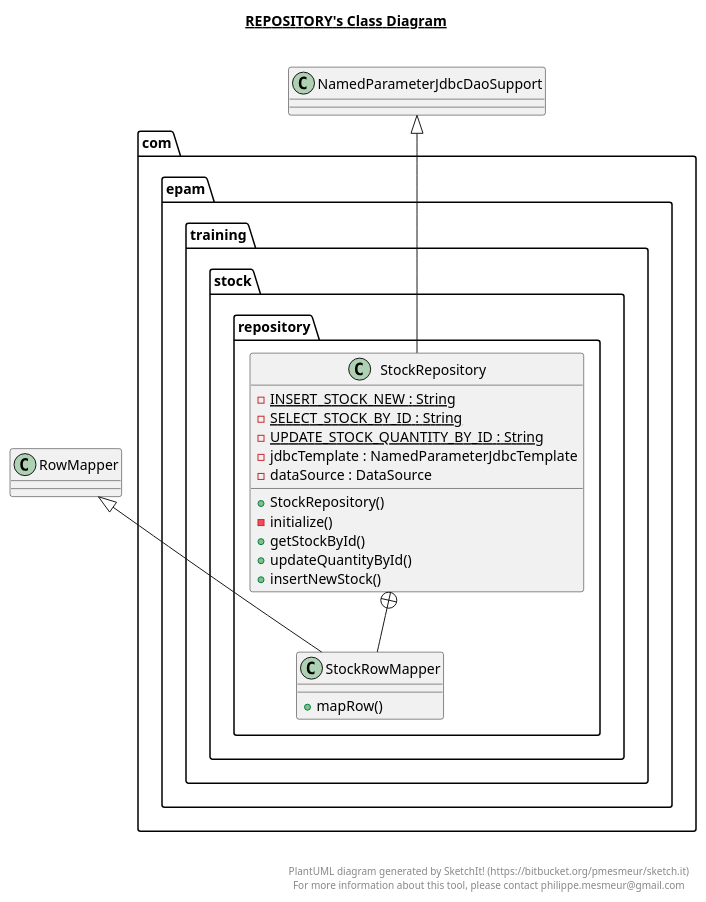
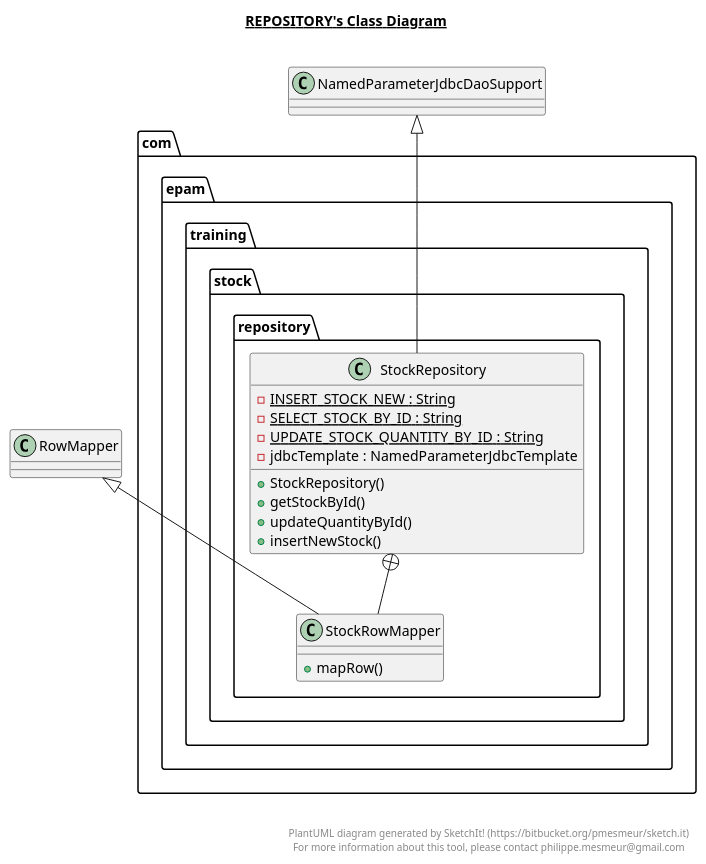
The diagram in src/main/java/com/epam/training/stock/repository/repository.plantuml (nik-nenkov/tutoring-rest-api-with-java), drawn with PlantUML before and after one commit. The commit also changed 23 other files, not shown here.

```diff
--- a/src/main/java/com/epam/training/stock/repository/repository.plantuml
+++ b/src/main/java/com/epam/training/stock/repository/repository.plantuml
@@ -1,44 +1,42 @@
 @startuml
 
 title __REPOSITORY's Class Diagram__\n
 
   package com.epam.training.stock {
     package com.epam.training.stock.repository {
       class StockRepository {
           {static} - INSERT_STOCK_NEW : String
           {static} - SELECT_STOCK_BY_ID : String
           {static} - UPDATE_STOCK_QUANTITY_BY_ID : String
           - jdbcTemplate : NamedParameterJdbcTemplate
-          - dataSource : DataSource
           + StockRepository()
-          - initialize()
           + getStockById()
           + updateQuantityById()
           + insertNewStock()
       }
     }
   }
   
 
   package com.epam.training.stock {
     package com.epam.training.stock.repository {
       class StockRowMapper {
           + mapRow()
       }
     }
   }
   
 
   StockRepository -up-|> NamedParameterJdbcDaoSupport
   StockRepository +-down- StockRowMapper
   StockRowMapper -up-|> RowMapper
 
 
 right footer
 
 
 PlantUML diagram generated by SketchIt! (https://bitbucket.org/pmesmeur/sketch.it)
 For more information about this tool, please contact philippe.mesmeur@gmail.com
 endfooter
 
 @enduml
```
